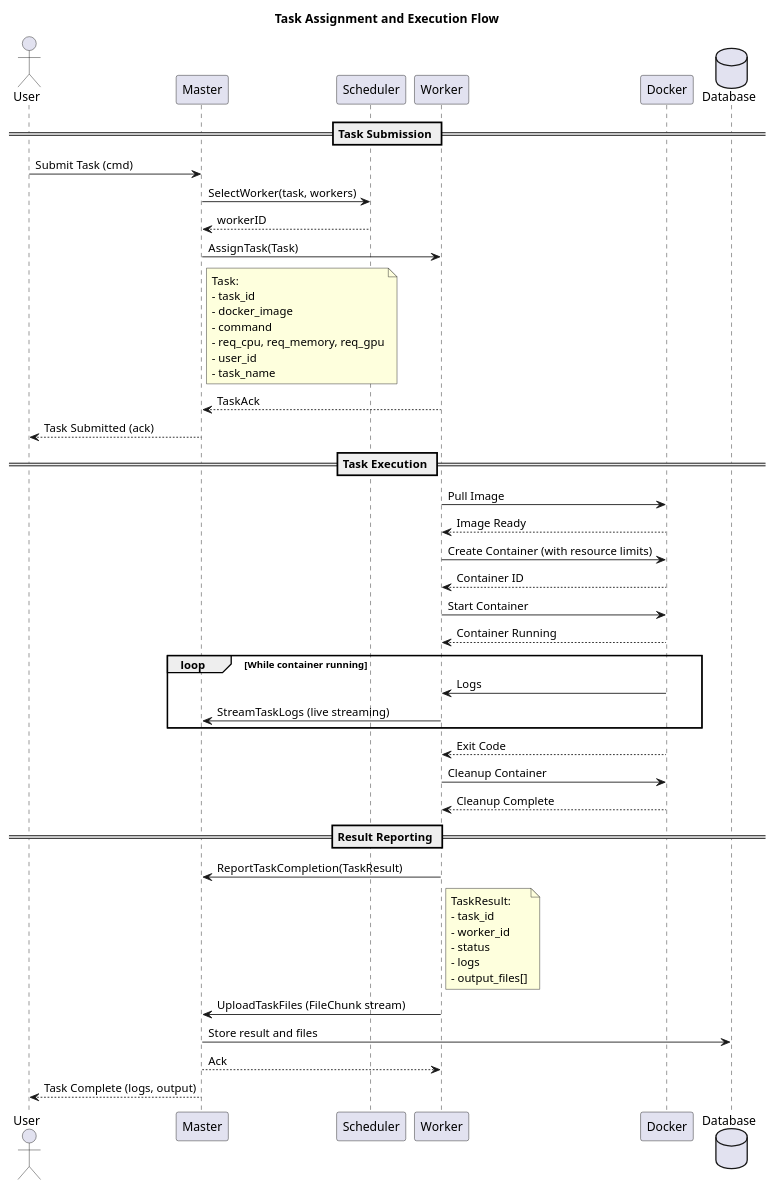
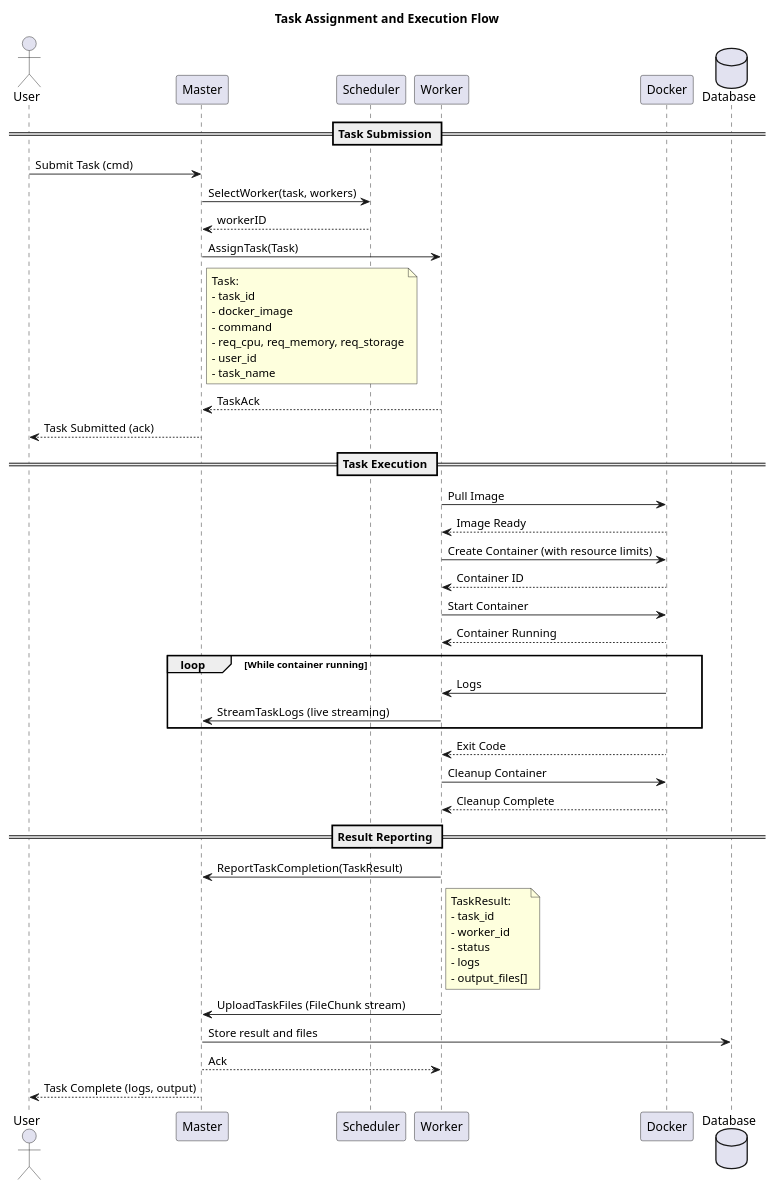
The diagram in docs/Diagrams/task-execution.puml (Codesmith28/Agentic-Cloud-Cluster), drawn with PlantUML before and after one commit. The commit also changed 64 other files, not shown here.

```diff
--- a/docs/Diagrams/task-execution.puml
+++ b/docs/Diagrams/task-execution.puml
@@ -1,73 +1,73 @@
 @startuml task-execution
 
 
 title Task Assignment and Execution Flow
 
 actor "User" as U
 participant "Master" as M
 participant "Scheduler" as S
 participant "Worker" as W
 participant "Docker" as D
 database "Database" as DB
 
 == Task Submission ==
 U -> M : Submit Task (cmd)
 
 M -> S : SelectWorker(task, workers)
 S --> M : workerID
 
 M -> W : AssignTask(Task)
 note right of M
     Task:
     - task_id
     - docker_image
     - command
-    - req_cpu, req_memory, req_gpu
+    - req_cpu, req_memory, req_storage
     - user_id
     - task_name
 end note
 
 W --> M : TaskAck
 
 M --> U : Task Submitted (ack)
 
 == Task Execution ==
 W -> D : Pull Image
 D --> W : Image Ready
 
 W -> D : Create Container (with resource limits)
 D --> W : Container ID
 
 W -> D : Start Container
 D --> W : Container Running
 
 loop While container running
     D -> W : Logs
     W -> M : StreamTaskLogs (live streaming)
 end
 
 D --> W : Exit Code
 
 W -> D : Cleanup Container
 D --> W : Cleanup Complete
 
 == Result Reporting ==
 W -> M : ReportTaskCompletion(TaskResult)
 note right of W
     TaskResult:
     - task_id
     - worker_id
     - status
     - logs
     - output_files[]
 end note
 
 W -> M : UploadTaskFiles (FileChunk stream)
 
 M -> DB : Store result and files
 
 M --> W : Ack
 
 M --> U : Task Complete (logs, output)
 
 @enduml
```
